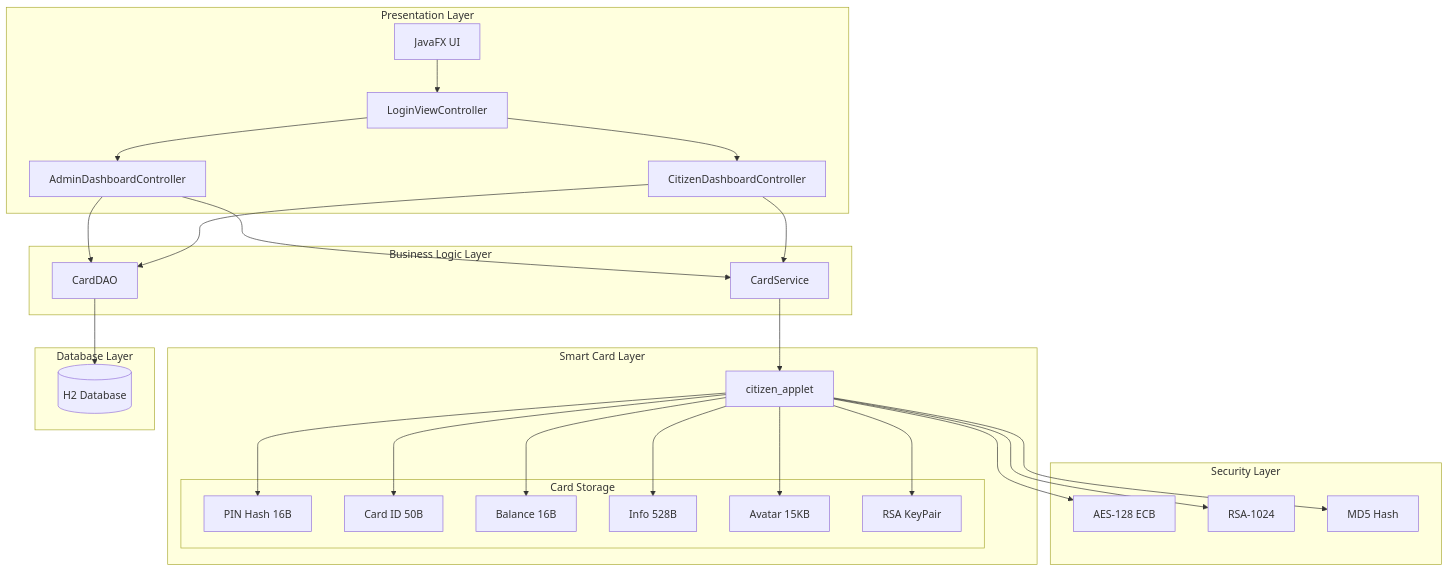
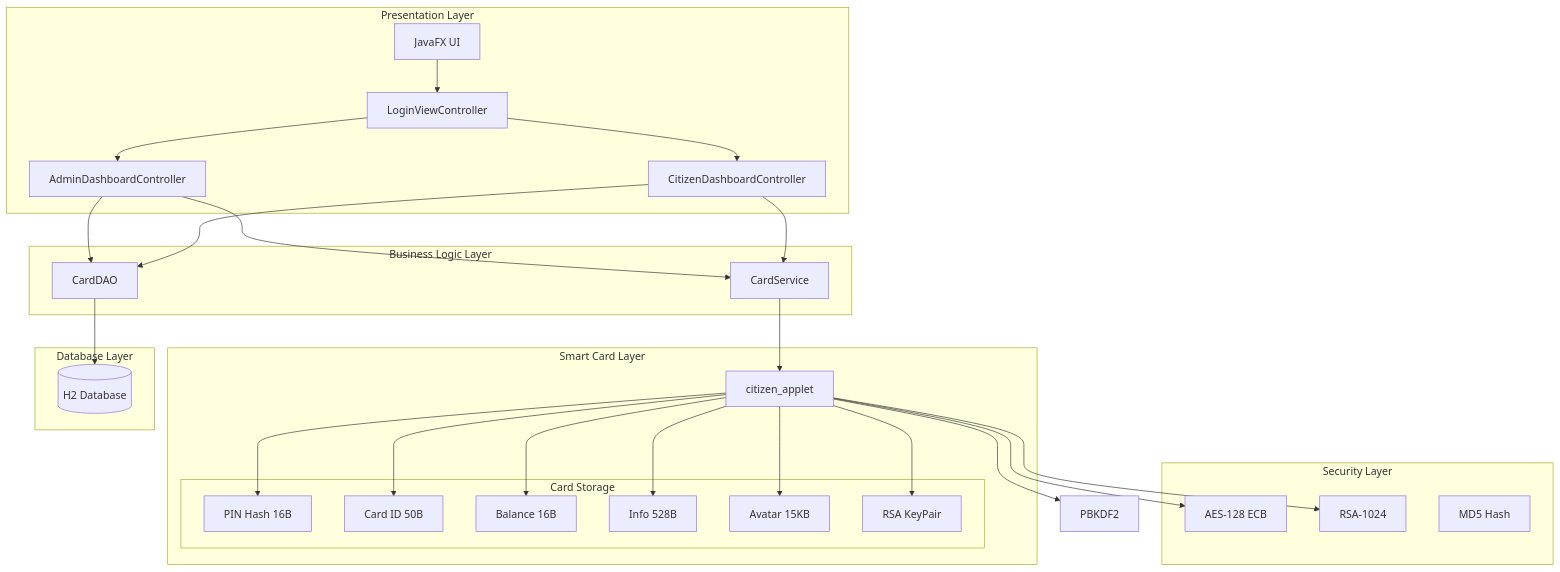
Before and after one commit to LeDat2011/citizen-card: the first of 10 diagrams in APPLET_TECHNICAL_ANALYSIS.md, drawn with Mermaid. The commit also changed other lines of this file and 1 other file, not shown here.

````diff
--- a/APPLET_TECHNICAL_ANALYSIS.md
+++ b/APPLET_TECHNICAL_ANALYSIS.md
@@ -36,43 +36,43 @@
 ```mermaid
 graph TB
     subgraph "Presentation Layer"
         UI[JavaFX UI]
         LC[LoginViewController]
         AC[AdminDashboardController]
         CC[CitizenDashboardController]
     end
     
     subgraph "Business Logic Layer"
         CS[CardService]
         DAO[CardDAO]
     end
     
     subgraph "Security Layer"
         AES[AES-128 ECB]
         RSA[RSA-1024]
         MD5[MD5 Hash]
     end
     
     subgraph "Smart Card Layer"
         APP[citizen_applet]
         subgraph "Card Storage"
             PIN[PIN Hash 16B]
             CID[Card ID 50B]
             BAL[Balance 16B]
             INFO[Info 528B]
             AVT[Avatar 15KB]
             KEYS[RSA KeyPair]
         end
     end
     
     subgraph "Database Layer"
         H2[(H2 Database)]
     end
     
     UI --> LC --> AC & CC
     AC & CC --> CS & DAO
     CS --> APP
     DAO --> H2
-    APP --> AES & RSA & MD5
+    APP --> AES & RSA & PBKDF2
     APP --> PIN & CID & BAL & INFO & AVT & KEYS
 ```
````
